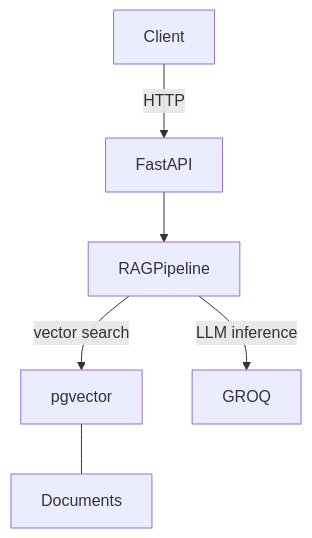
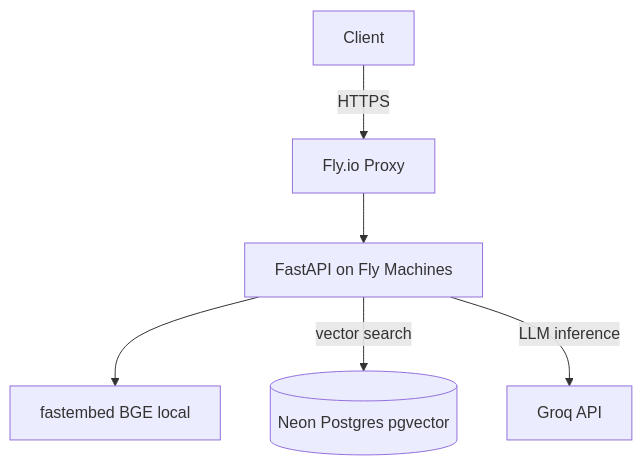
Before and after one commit to syleehs/devops-rag-system: the diagram in README.md, drawn with Mermaid.

Commit message:
fix: rewrite mermaid diagram to fix GitHub render error
Use explicit node IDs and labels, remove disconnected --- edge, and update
nodes to match the Fly.io + Neon + Groq architecture.

````diff
--- a/README.md
+++ b/README.md
@@ -82,8 +82,15 @@
 ```mermaid
 graph TD
-    Client -->|HTTP| FastAPI
-    FastAPI --> RAGPipeline
-    RAGPipeline -->|vector search| pgvector
-    RAGPipeline -->|LLM inference| GROQ
-    pgvector --- Documents
+    client[Client]
+    fly[Fly.io Proxy]
+    app[FastAPI on Fly Machines]
+    embed[fastembed BGE local]
+    neon[(Neon Postgres pgvector)]
+    groq[Groq API]
+
+    client -->|HTTPS| fly
+    fly --> app
+    app --> embed
+    app -->|vector search| neon
+    app -->|LLM inference| groq
 ```
````
